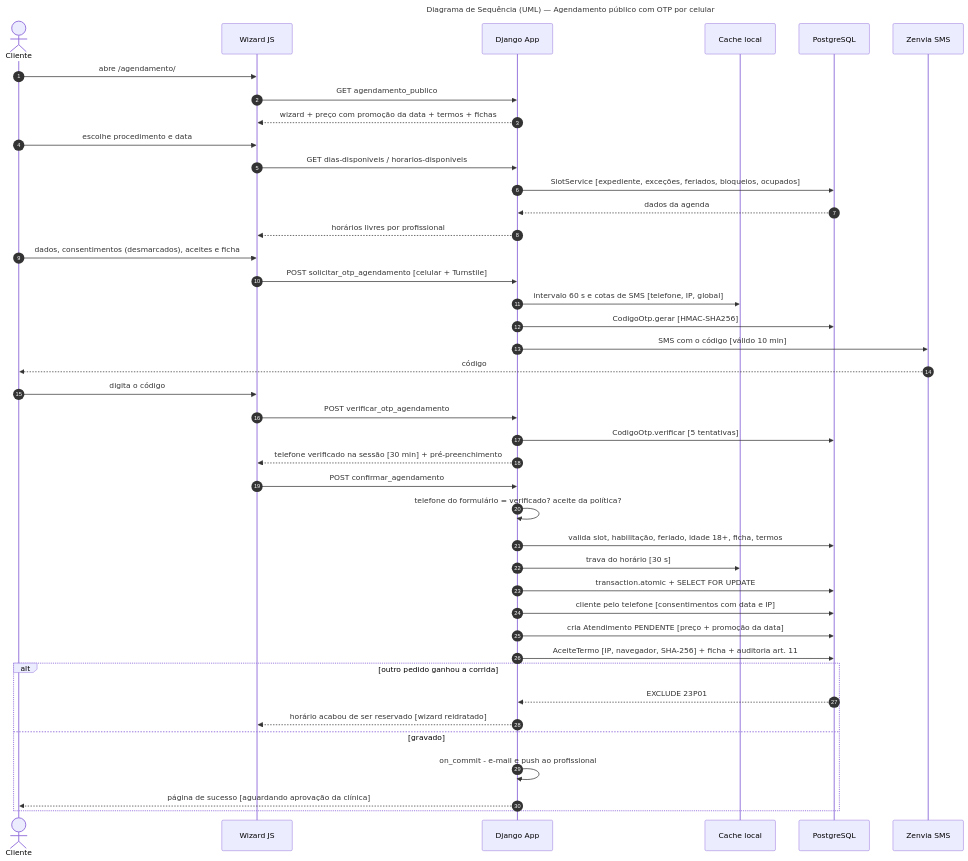
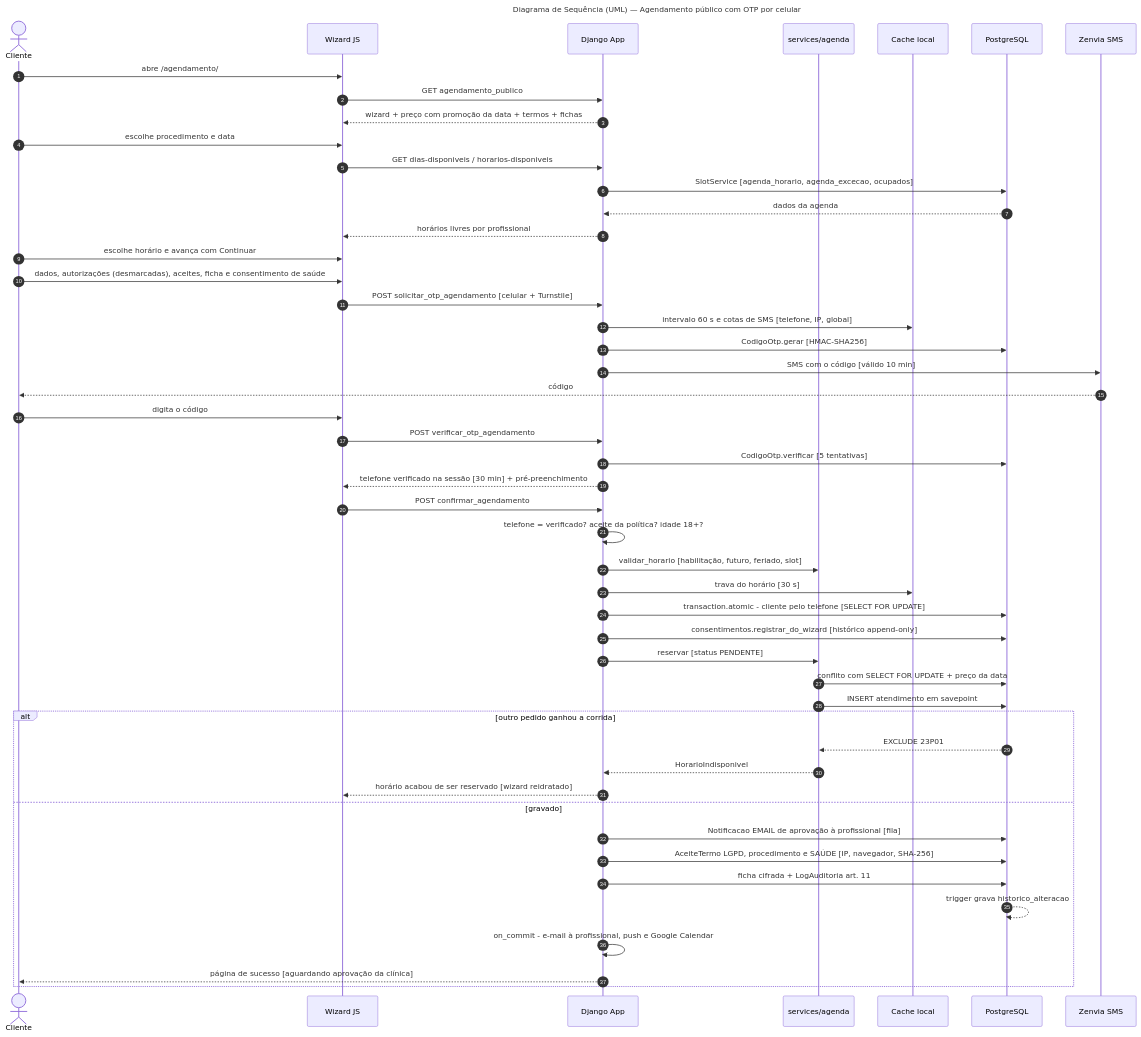
Before and after one commit to RafaelSMaciel/jaqueline-aranha-estetica: the diagram in docs/diagramas/07-sequencia-agendamento-otp.mmd, drawn with Mermaid. The commit also changed 20 other files, not shown here.

First line of the commit message:
docs(requisitos): documento de requisitos e UML v2.3 com a revisao 0047-0061

```diff
--- a/docs/diagramas/07-sequencia-agendamento-otp.mmd
+++ b/docs/diagramas/07-sequencia-agendamento-otp.mmd
@@ -1,48 +1,56 @@
 ---
 title: Diagrama de Sequência (UML) — Agendamento público com OTP por celular
 ---
 sequenceDiagram
     autonumber
     actor C as Cliente
     participant W as Wizard JS
     participant D as Django App
+    participant A as services/agenda
     participant K as Cache local
     participant DB as PostgreSQL
     participant Z as Zenvia SMS
 
     C->>W: abre /agendamento/
     W->>D: GET agendamento_publico
     D-->>W: wizard + preço com promoção da data + termos + fichas
 
     C->>W: escolhe procedimento e data
     W->>D: GET dias-disponiveis / horarios-disponiveis
-    D->>DB: SlotService [expediente, exceções, feriados, bloqueios, ocupados]
+    D->>DB: SlotService [agenda_horario, agenda_excecao, ocupados]
     DB-->>D: dados da agenda
     D-->>W: horários livres por profissional
+    C->>W: escolhe horário e avança com Continuar
 
-    C->>W: dados, consentimentos (desmarcados), aceites e ficha
+    C->>W: dados, autorizações (desmarcadas), aceites, ficha e consentimento de saúde
     W->>D: POST solicitar_otp_agendamento [celular + Turnstile]
     D->>K: intervalo 60 s e cotas de SMS [telefone, IP, global]
     D->>DB: CodigoOtp.gerar [HMAC-SHA256]
     D->>Z: SMS com o código [válido 10 min]
     Z-->>C: código
     C->>W: digita o código
     W->>D: POST verificar_otp_agendamento
     D->>DB: CodigoOtp.verificar [5 tentativas]
     D-->>W: telefone verificado na sessão [30 min] + pré-preenchimento
 
     W->>D: POST confirmar_agendamento
-    D->>D: telefone do formulário = verificado? aceite da política?
-    D->>DB: valida slot, habilitação, feriado, idade 18+, ficha, termos
+    D->>D: telefone = verificado? aceite da política? idade 18+?
+    D->>A: validar_horario [habilitação, futuro, feriado, slot]
     D->>K: trava do horário [30 s]
-    D->>DB: transaction.atomic + SELECT FOR UPDATE
-    D->>DB: cliente pelo telefone [consentimentos com data e IP]
-    D->>DB: cria Atendimento PENDENTE [preço + promoção da data]
-    D->>DB: AceiteTermo [IP, navegador, SHA-256] + ficha + auditoria art. 11
+    D->>DB: transaction.atomic - cliente pelo telefone [SELECT FOR UPDATE]
+    D->>DB: consentimentos.registrar_do_wizard [histórico append-only]
+    D->>A: reservar [status PENDENTE]
+    A->>DB: conflito com SELECT FOR UPDATE + preço da data
+    A->>DB: INSERT atendimento em savepoint
     alt outro pedido ganhou a corrida
-        DB-->>D: EXCLUDE 23P01
+        DB-->>A: EXCLUDE 23P01
+        A-->>D: HorarioIndisponivel
         D-->>W: horário acabou de ser reservado [wizard reidratado]
     else gravado
-        D->>D: on_commit - e-mail e push ao profissional
+        D->>DB: Notificacao EMAIL de aprovação à profissional [fila]
+        D->>DB: AceiteTermo LGPD, procedimento e SAÚDE [IP, navegador, SHA-256]
+        D->>DB: ficha cifrada + LogAuditoria art. 11
+        DB-->>DB: trigger grava historico_alteracao
+        D->>D: on_commit - e-mail à profissional, push e Google Calendar
         D-->>C: página de sucesso [aguardando aprovação da clínica]
     end
```
